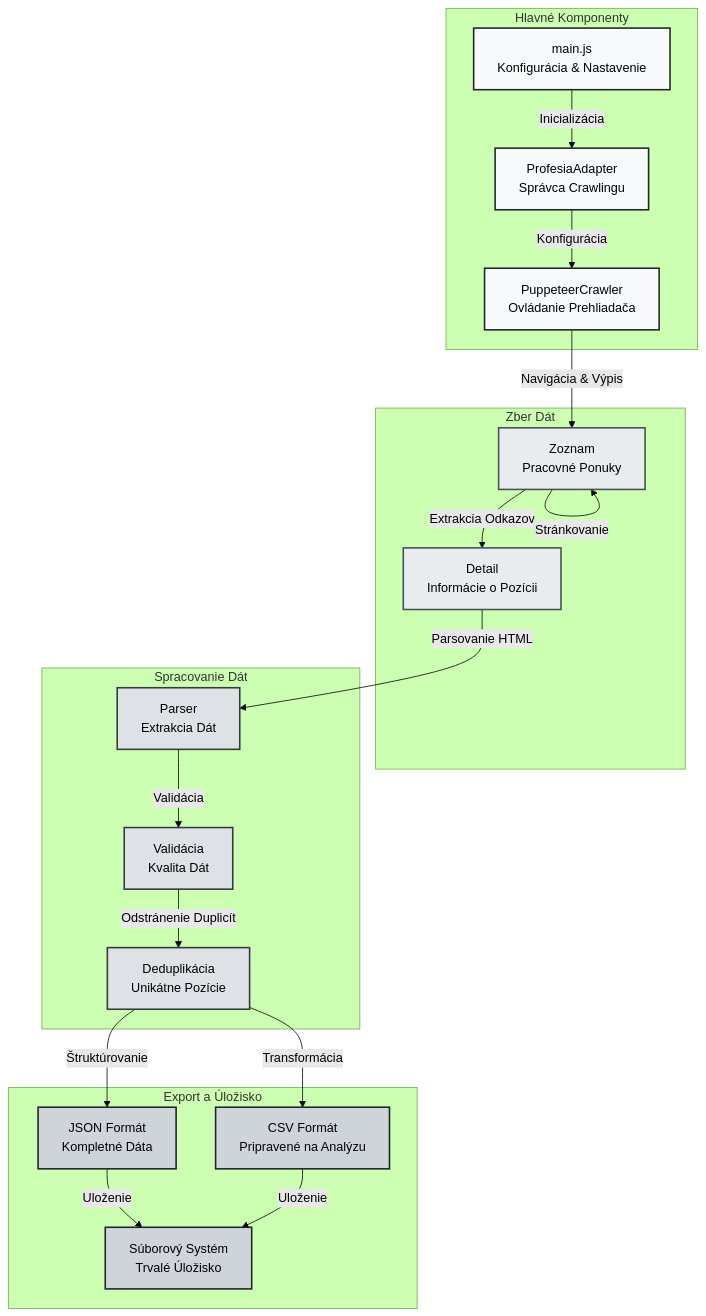
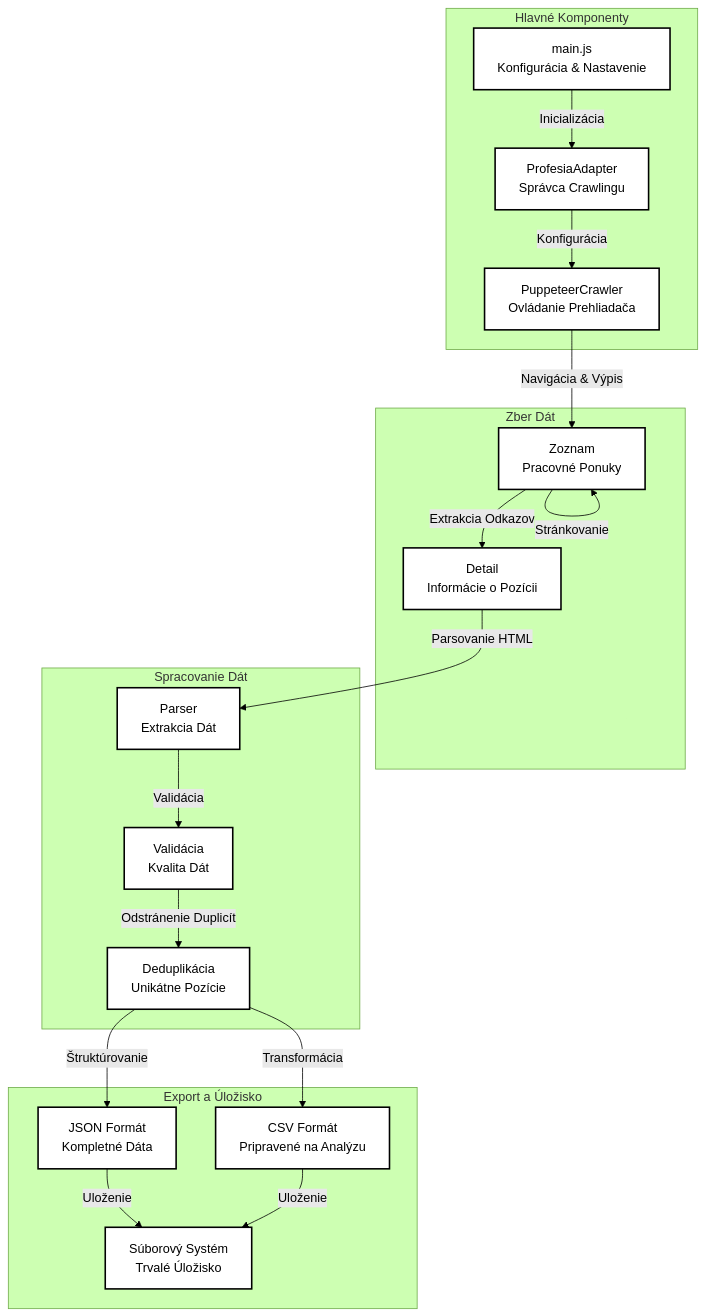
One commit to ITSsafer-DevOps/job-scraper-itssafer changed the first of 2 diagrams in README.sk.md. Above: the diagram before and after it, drawn with Mermaid (forest theme). The commit also changed 2 other files, not shown here.

Commit message:
Update: Improved diagram readability with black and white color scheme

````diff
--- a/README.sk.md
+++ b/README.sk.md
@@ -35,35 +35,35 @@
 ```mermaid
 graph TD
     subgraph Core ["Hlavné Komponenty"]
         A[main.js<br/>Konfigurácia & Nastavenie] --> |Inicializácia| B[ProfesiaAdapter<br/>Správca Crawlingu]
         B --> |Konfigurácia| C[PuppeteerCrawler<br/>Ovládanie Prehliadača]
     end
     
     subgraph Data ["Zber Dát"]
         C --> |Navigácia & Výpis| D[Zoznam<br/>Pracovné Ponuky]
         D --> |Extrakcia Odkazov| E[Detail<br/>Informácie o Pozícii]
         D --> |Stránkovanie| D
     end
     
     subgraph Transform ["Spracovanie Dát"]
         E --> |Parsovanie HTML| F[Parser<br/>Extrakcia Dát]
         F --> |Validácia| G[Validácia<br/>Kvalita Dát]
         G --> |Odstránenie Duplicít| H[Deduplikácia<br/>Unikátne Pozície]
     end
     
     subgraph Storage ["Export a Úložisko"]
         H --> |Štruktúrovanie| I[JSON Formát<br/>Kompletné Dáta]
         H --> |Transformácia| J[CSV Formát<br/>Pripravené na Analýzu]
         I & J --> |Uloženie| K[Súborový Systém<br/>Trvalé Úložisko]
     end
     
-    classDef core fill:#f8f9fa,stroke:#212529,stroke-width:2px
-    classDef data fill:#e9ecef,stroke:#495057,stroke-width:2px
-    classDef transform fill:#dee2e6,stroke:#343a40,stroke-width:2px
-    classDef storage fill:#ced4da,stroke:#212529,stroke-width:2px
+    classDef core fill:#ffffff,stroke:#000000,stroke-width:2px
+    classDef data fill:#ffffff,stroke:#000000,stroke-width:2px
+    classDef transform fill:#ffffff,stroke:#000000,stroke-width:2px
+    classDef storage fill:#ffffff,stroke:#000000,stroke-width:2px
     
     class A,B,C core
     class D,E data
     class F,G,H transform
     class I,J,K storage
 ```
````
